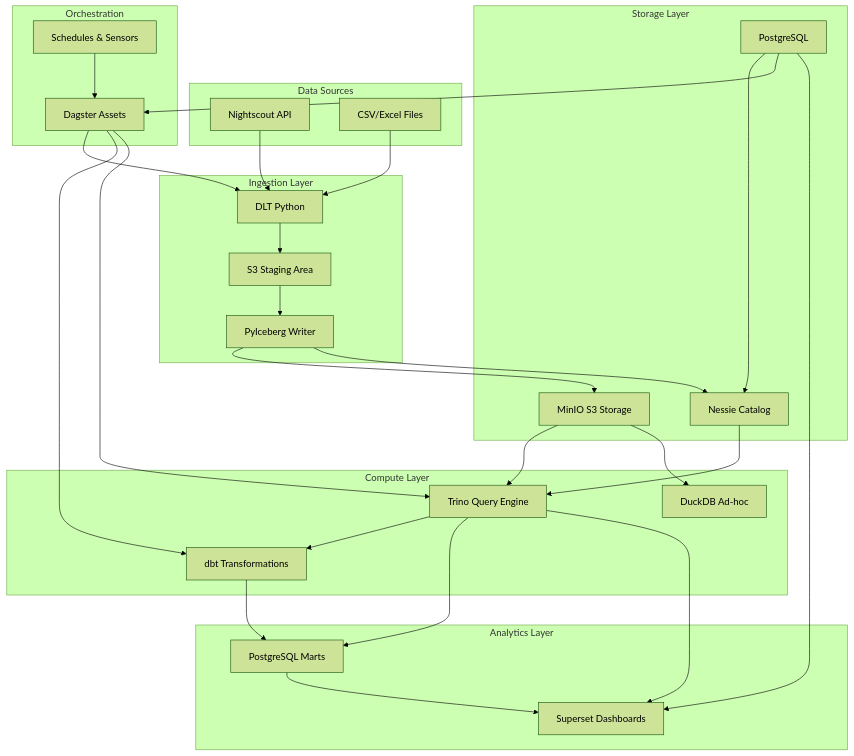
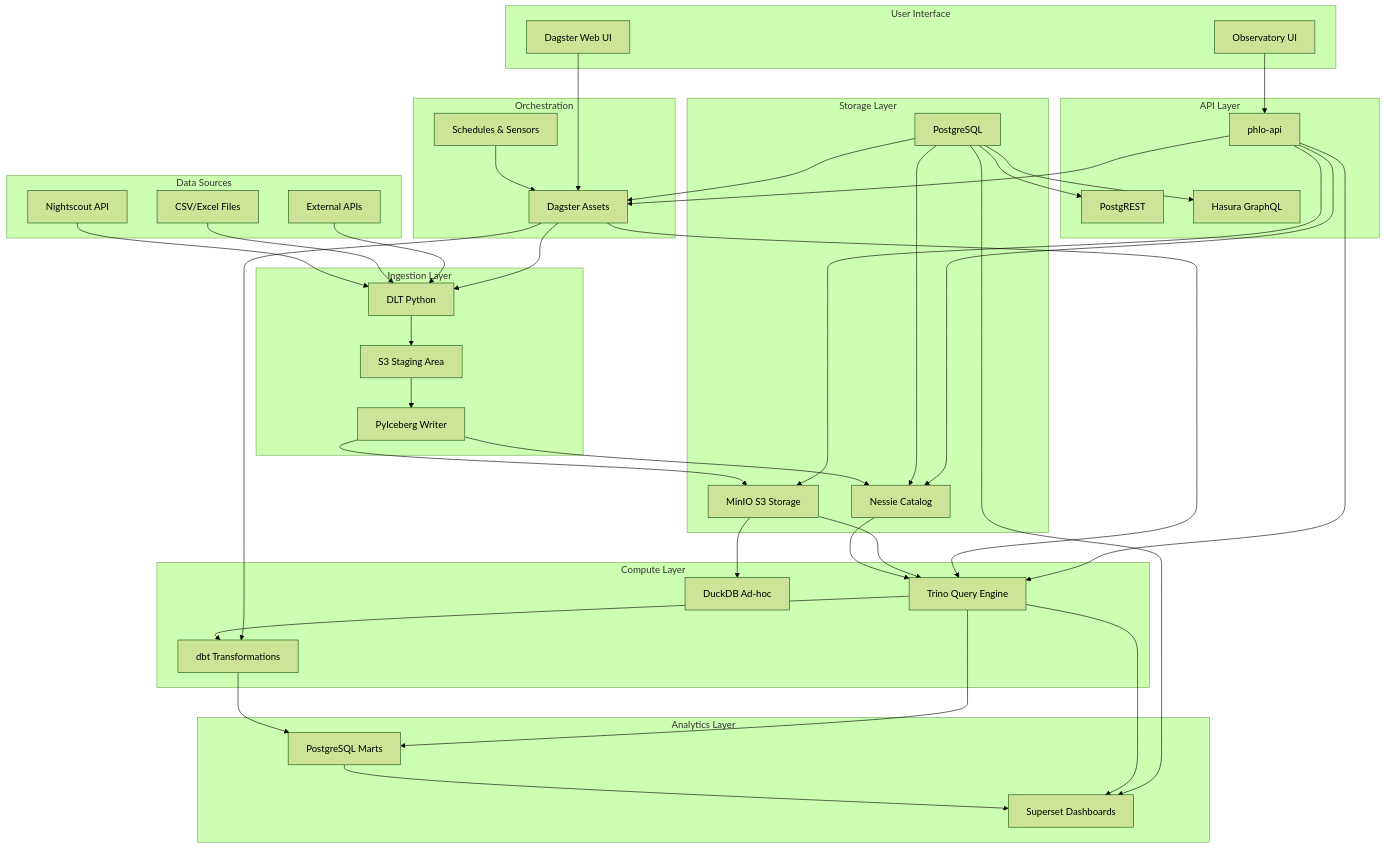
One commit to iamgp/phlo changed the diagram in docs/reference/architecture.md. Above: the diagram before and after it, drawn with Mermaid (forest theme). The commit also changed other lines of this file and 7 other files, not shown here.

````diff
--- a/docs/reference/architecture.md
+++ b/docs/reference/architecture.md
@@ -41,6 +41,18 @@
     subgraph "Data Sources"
         NS[Nightscout API]
         FILES[CSV/Excel Files]
+        EXTERNAL[External APIs]
+    end
+
+    subgraph "User Interface"
+        OBS[Observatory UI]
+        DAGUI[Dagster Web UI]
+    end
+
+    subgraph "API Layer"
+        PAPI[phlo-api]
+        POSTGREST[PostgREST]
+        HASURA[Hasura GraphQL]
     end
 
     subgraph "Ingestion Layer"
@@ -73,6 +85,7 @@
 
     NS --> DLT
     FILES --> DLT
+    EXTERNAL --> DLT
     DLT --> STAGE
     STAGE --> PYI
     PYI --> MINIO
@@ -96,4 +109,13 @@
     PG --> NESSIE
     PG --> DAGSTER
     PG --> SUPERSET
+    PG --> POSTGREST
+    PG --> HASURA
+
+    OBS --> PAPI
+    PAPI --> TRINO
+    PAPI --> NESSIE
+    PAPI --> DAGSTER
+    PAPI --> MINIO
+    DAGUI --> DAGSTER
 ```
````
